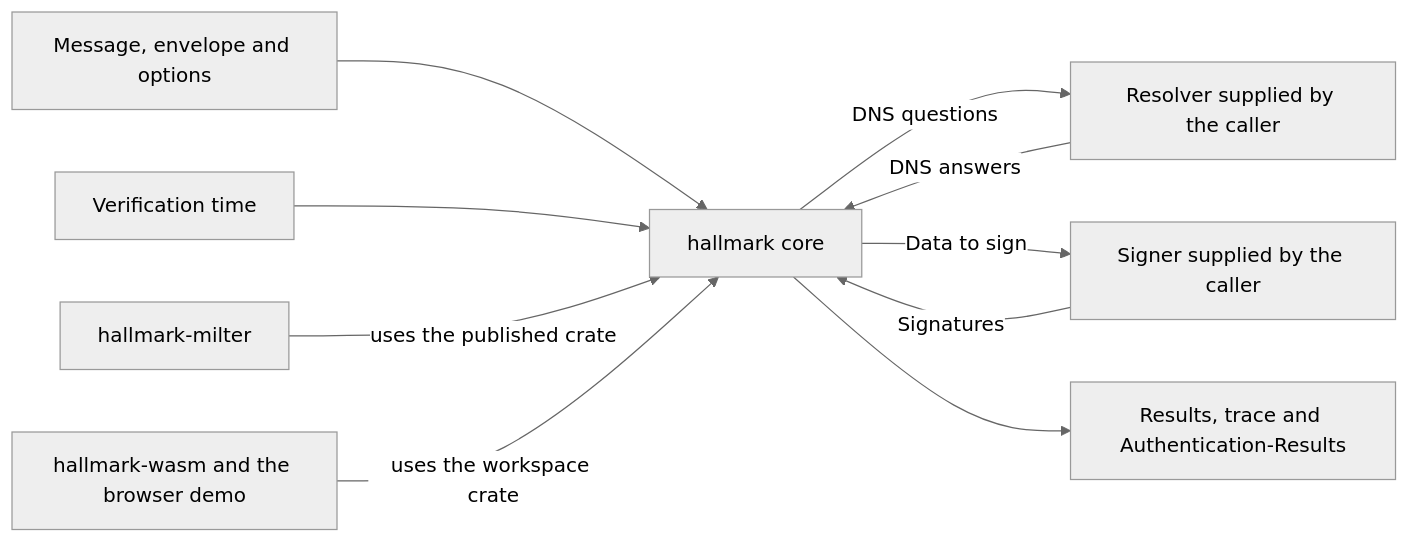
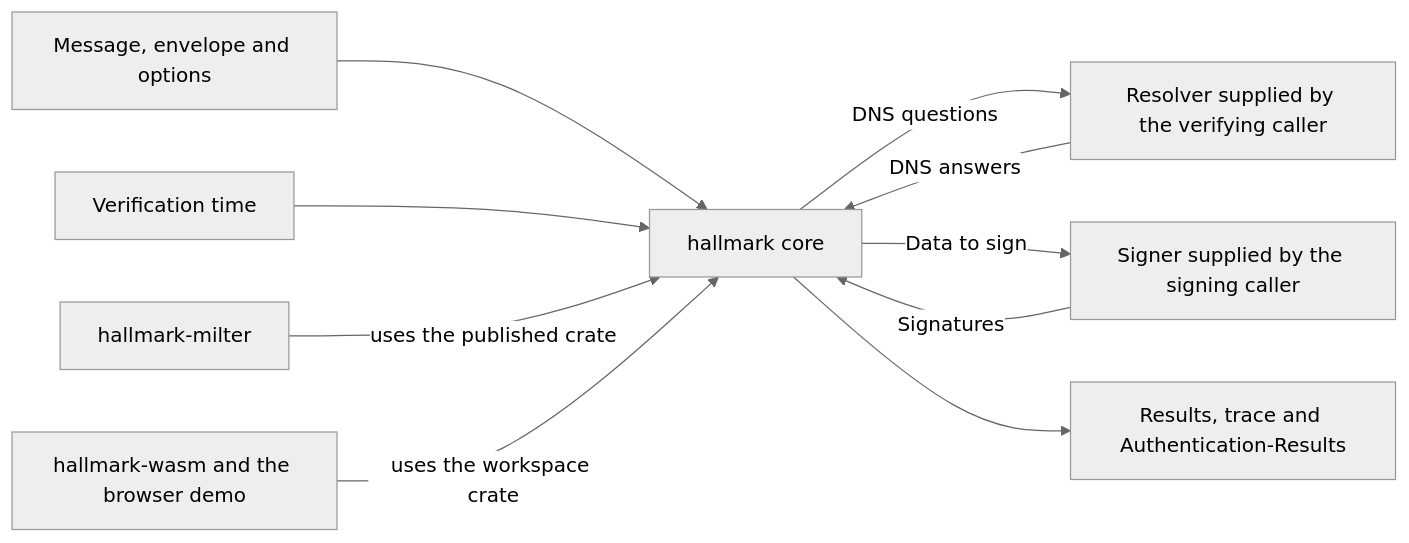
One commit to photom/hallmark changed the first of 5 diagrams in docs/reference/requirements.md. Above: the diagram before and after it, drawn with Mermaid (neutral theme). The commit also changed other lines of this file and 45 other files, not shown here.

First line of the commit message:
Fix the review of main: SPF exp= scope, field placement, signing coverage and the caller's side (#20)

````diff
--- a/docs/reference/requirements.md
+++ b/docs/reference/requirements.md
@@ -51,12 +51,12 @@
 ```mermaid
 flowchart LR
     msg["Message, envelope and options"] --> core["hallmark core"]
     time["Verification time"] --> core
-    core -->|"DNS questions"| resolver["Resolver supplied by the caller"]
+    core -->|"DNS questions"| resolver["Resolver supplied by the verifying caller"]
     resolver -->|"DNS answers"| core
-    core -->|"Data to sign"| signer["Signer supplied by the caller"]
+    core -->|"Data to sign"| signer["Signer supplied by the signing caller"]
     signer -->|"Signatures"| core
     core --> out["Results, trace and Authentication-Results"]
     milter["hallmark-milter"] -->|"uses the published crate"| core
     wasm["hallmark-wasm and the browser demo"] -->|"uses the workspace crate"| core
 ```
````
